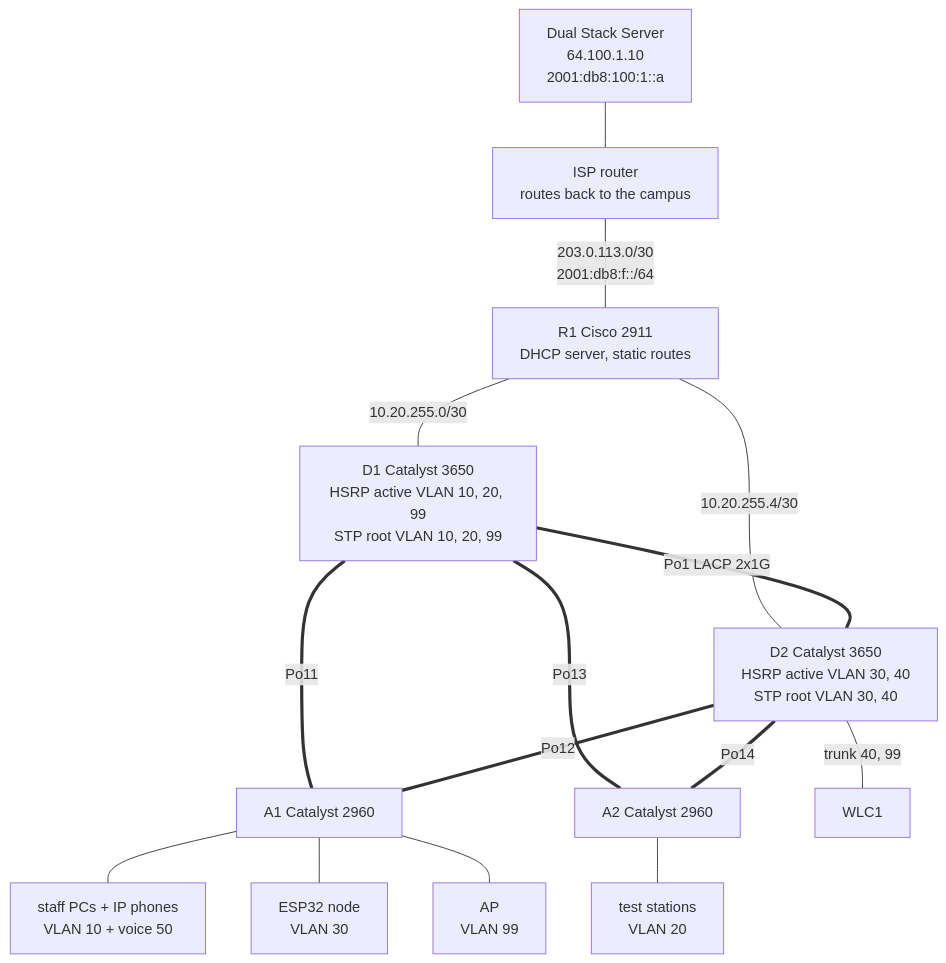
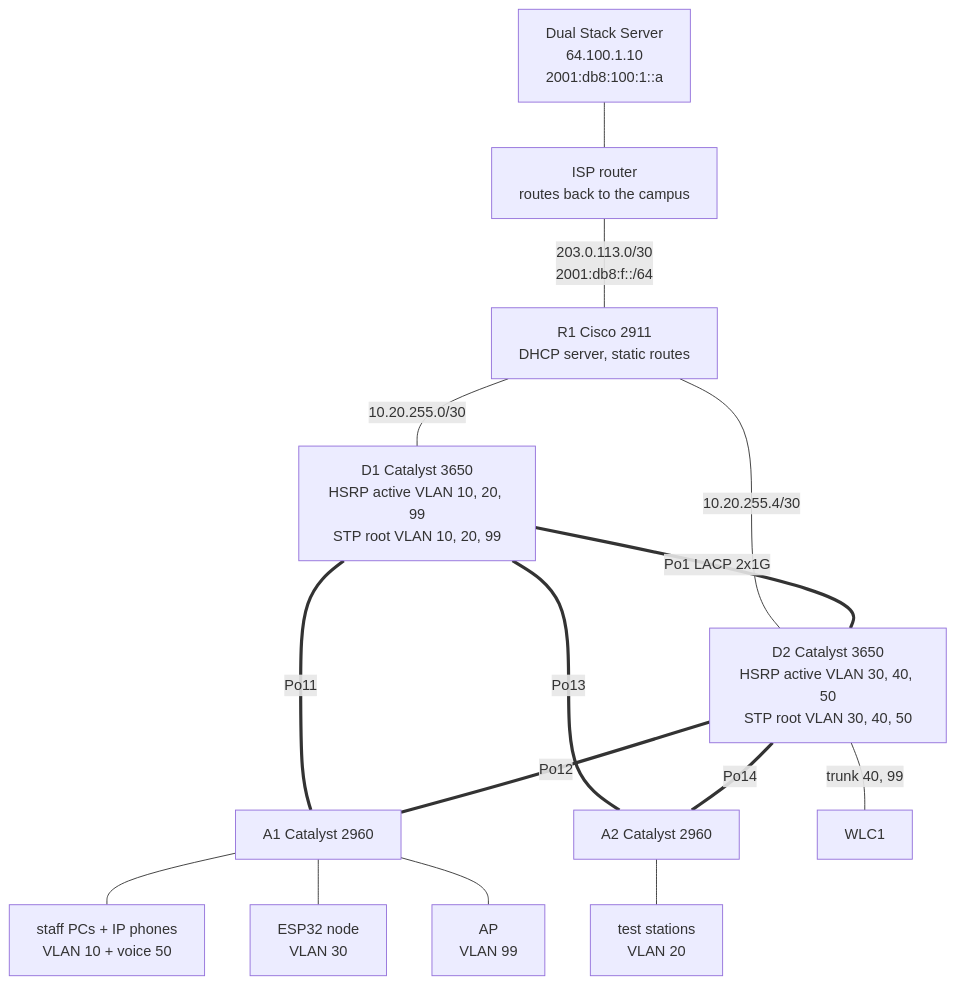
One commit to HannaBeshoy/ccna-campus-network changed the diagram in README.md. Above: the diagram before and after it, drawn with Mermaid. The commit also changed 1 other file, not shown here.

Commit message:
README topology and Packet Tracer check: D2 is also active for VLAN 50

````diff
--- a/README.md
+++ b/README.md
@@ -21,17 +21,17 @@
 ```mermaid
 flowchart TB
     SRV[Dual Stack Server<br/>64.100.1.10<br/>2001:db8:100:1::a] --- ISP[ISP router<br/>routes back to the campus]
     ISP ---|"203.0.113.0/30<br/>2001:db8:f::/64"| R1[R1 Cisco 2911<br/>DHCP server, static routes]
     R1 ---|"10.20.255.0/30"| D1[D1 Catalyst 3650<br/>HSRP active VLAN 10, 20, 99<br/>STP root VLAN 10, 20, 99]
-    R1 ---|"10.20.255.4/30"| D2[D2 Catalyst 3650<br/>HSRP active VLAN 30, 40<br/>STP root VLAN 30, 40]
+    R1 ---|"10.20.255.4/30"| D2[D2 Catalyst 3650<br/>HSRP active VLAN 30, 40, 50<br/>STP root VLAN 30, 40, 50]
     D1 ===|"Po1 LACP 2x1G"| D2
     D1 ===|Po11| A1[A1 Catalyst 2960]
     D2 ===|Po12| A1
     D1 ===|Po13| A2[A2 Catalyst 2960]
     D2 ===|Po14| A2
     D2 ---|trunk 40, 99| WLC[WLC1]
     A1 --- PC1[staff PCs + IP phones<br/>VLAN 10 + voice 50]
     A1 --- ESP[ESP32 node<br/>VLAN 30]
     A1 --- AP[AP<br/>VLAN 99]
     A2 --- TS[test stations<br/>VLAN 20]
 ```
````
